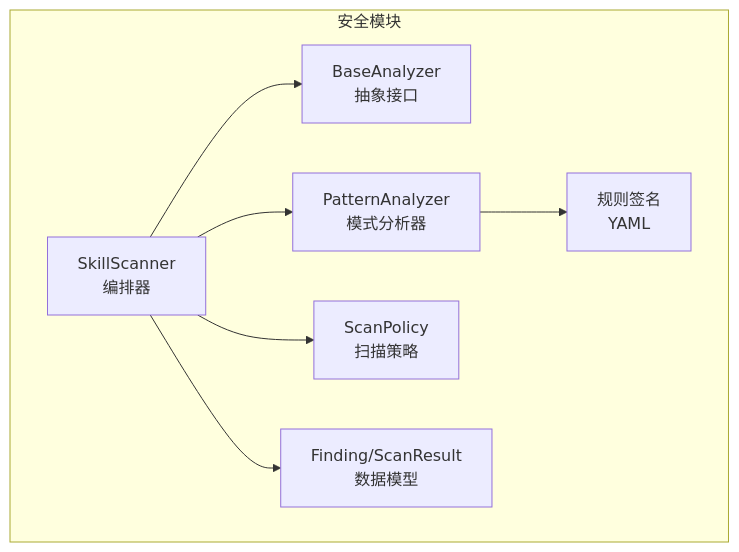
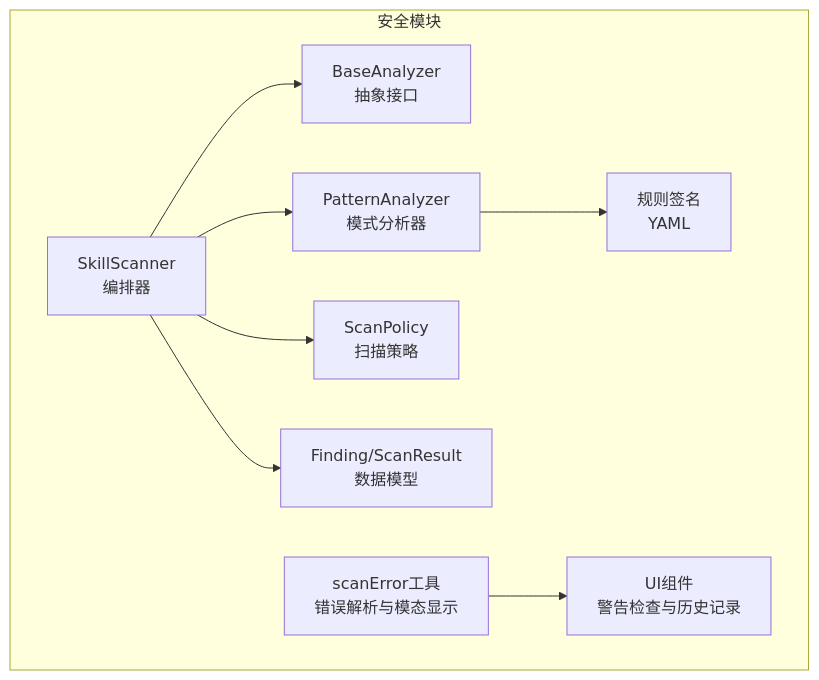
Before and after one commit to livehl/CoPaw: the first of 6 diagrams in .qoder/repowiki/zh/content/后端核心模块/安全防护系统/技能扫描器.md, drawn with Mermaid. The commit also changed other lines of this file and 12 other files, not shown here.

````diff
--- a/.qoder/repowiki/zh/content/后端核心模块/安全防护系统/技能扫描器.md
+++ b/.qoder/repowiki/zh/content/后端核心模块/安全防护系统/技能扫描器.md
@@ -49,16 +62,19 @@
 ```mermaid
 graph TB
 subgraph "安全模块"
 A["SkillScanner<br/>编排器"]
 B["BaseAnalyzer<br/>抽象接口"]
 C["PatternAnalyzer<br/>模式分析器"]
 D["ScanPolicy<br/>扫描策略"]
 E["Finding/ScanResult<br/>数据模型"]
 F["规则签名<br/>YAML"]
+G["scanError工具<br/>错误解析与模态显示"]
+H["UI组件<br/>警告检查与历史记录"]
 end
 A --> B
 A --> C
 A --> D
 A --> E
 C --> F
+G --> H
 ```
````
